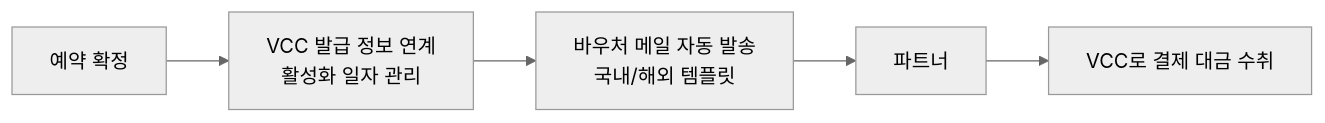
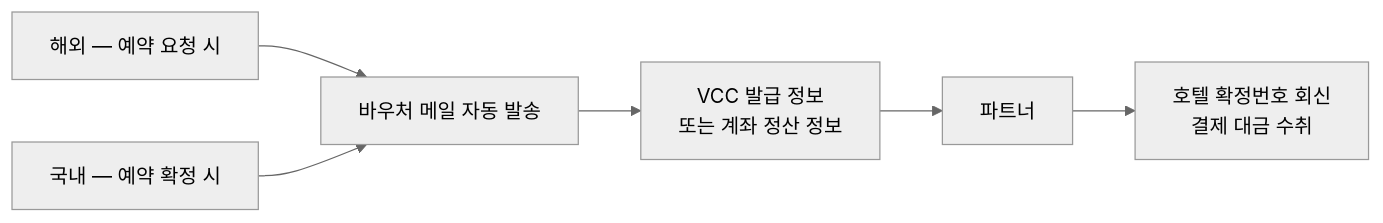
The diagram in portfolio/src/content/projects/mrt-vcc-voucher.md (leeheefull/leeheefull.github.io), drawn with Mermaid (neutral theme) before and after one commit. The commit also changed other lines of this file and 2 other files, not shown here.

Commit message:
Correct voucher mail send triggers for domestic and overseas

````diff
--- a/portfolio/src/content/projects/mrt-vcc-voucher.md
+++ b/portfolio/src/content/projects/mrt-vcc-voucher.md
@@ -10,7 +10,8 @@
 ```mermaid
 flowchart LR
-    A["예약 확정"] --> B["VCC 발급 정보 연계<br/>활성화 일자 관리"]
-    B --> C["바우처 메일 자동 발송<br/>국내/해외 템플릿"]
-    C --> D["파트너"]
-    D --> E["VCC로 결제 대금 수취"]
+    A["해외 — 예약 요청 시"] --> C["바우처 메일 자동 발송"]
+    B["국내 — 예약 확정 시"] --> C
+    C --> D["VCC 발급 정보<br/>또는 계좌 정산 정보"]
+    D --> E["파트너"]
+    E --> F["호텔 확정번호 회신<br/>결제 대금 수취"]
 ```
````
